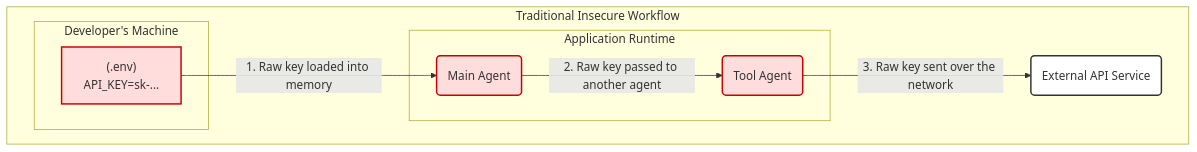
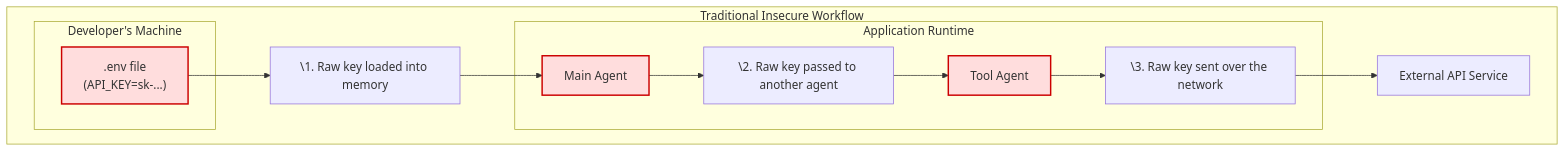
The sixth of 8 diagrams in docs/design/Technical_Architecture_Overview.md (DeepTrail/deepsecure), drawn with Mermaid before and after one commit. The commit also changed other lines of this file, not shown here.

First line of the commit message:
Update Technical_Architecture_Overview.md

````diff
--- a/docs/design/Technical_Architecture_Overview.md
+++ b/docs/design/Technical_Architecture_Overview.md
@@ -377,23 +396,32 @@
 ```mermaid
-graph TD
-    subgraph "Traditional Insecure Workflow"
-        subgraph "Developer's Machine"
-            EnvFile["(.env) <br> API_KEY=sk-..."]
-        end
-
-        subgraph "Application Runtime"
-            MainAgent("Main Agent")
-            ToolAgent("Tool Agent")
-        end
-
-        ExternalAPI("External API Service")
-
-        EnvFile -- "1. Raw key loaded into memory" --> MainAgent
-        MainAgent -- "2. Raw key passed to another agent" --> ToolAgent
-        ToolAgent -- "3. Raw key sent over the network" --> ExternalAPI
-
-        classDef default fill:#fff,stroke:#333,stroke-width:2px;
-        classDef vuln fill:#fdd,stroke:#c00,stroke-width:2px;
-        class EnvFile,MainAgent,ToolAgent vuln;
-    end
+---
+config:
+  layout: dagre
+---
+flowchart TD
+ subgraph Dev["Developer's Machine"]
+        EnvFile[".env file\n(API_KEY=sk-...)"]
+  end
+ subgraph App["Application Runtime"]
+        MainAgent["Main Agent"]
+        Step2["\2. Raw key passed to another agent"]
+        ToolAgent["Tool Agent"]
+        Step3["\3. Raw key sent over the network"]
+  end
+ subgraph Traditional["Traditional Insecure Workflow"]
+        Dev
+        Step1["\1. Raw key loaded into memory"]
+        App
+        ExternalAPI["External API Service"]
+  end
+    EnvFile --> Step1
+    Step1 --> MainAgent
+    MainAgent --> Step2
+    Step2 --> ToolAgent
+    ToolAgent --> Step3
+    Step3 --> ExternalAPI
+     EnvFile:::vuln
+     MainAgent:::vuln
+     ToolAgent:::vuln
+    classDef vuln fill:#fdd,stroke:#c00,stroke-width:2px
 ```
````
